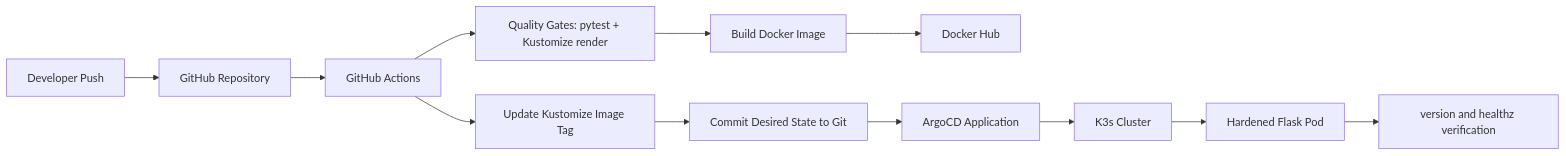
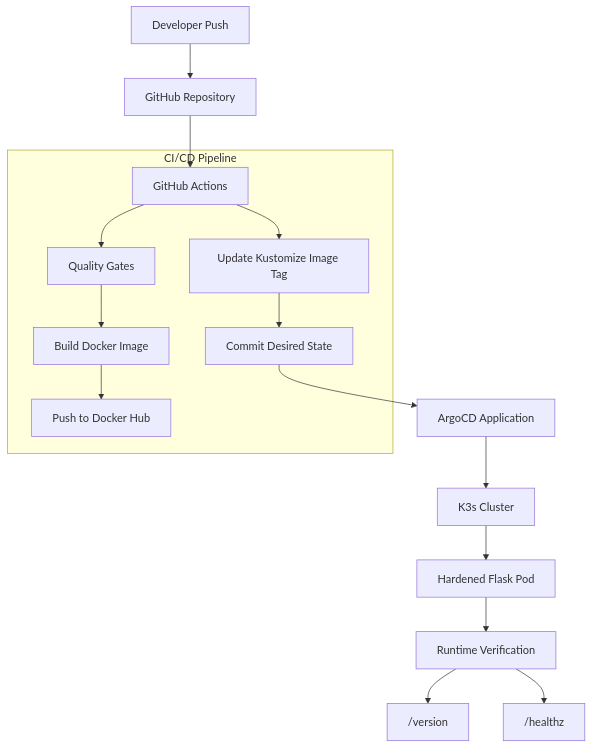
Before and after one commit to hoangdonguit/gitops-cicd-k3s-lab: the diagram in README.md, drawn with Mermaid. The commit also changed other lines of this file, not shown here.

Commit message:
docs: polish README diagram and screenshot layout

````diff
--- a/README.md
+++ b/README.md
@@ -12,14 +12,21 @@
 ```mermaid
-flowchart LR
+flowchart TD
     Dev["Developer Push"] --> GH["GitHub Repository"]
     GH --> CI["GitHub Actions"]
-    CI --> Test["Quality Gates: pytest + Kustomize render"]
-    Test --> Build["Build Docker Image"]
-    Build --> Hub["Docker Hub"]
-    CI --> Manifest["Update Kustomize Image Tag"]
-    Manifest --> Git["Commit Desired State to Git"]
+
+    subgraph Pipeline["CI/CD Pipeline"]
+        CI --> Test["Quality Gates"]
+        Test --> Build["Build Docker Image"]
+        Build --> Hub["Push to Docker Hub"]
+        CI --> Manifest["Update Kustomize Image Tag"]
+        Manifest --> Git["Commit Desired State"]
+    end
+
     Git --> ArgoCD["ArgoCD Application"]
     ArgoCD --> K3s["K3s Cluster"]
     K3s --> Pod["Hardened Flask Pod"]
-    Pod --> Verify["version and healthz verification"]
+    Pod --> Verify["Runtime Verification"]
+
+    Verify --> Version["/version"]
+    Verify --> Health["/healthz"]
 ```
````
